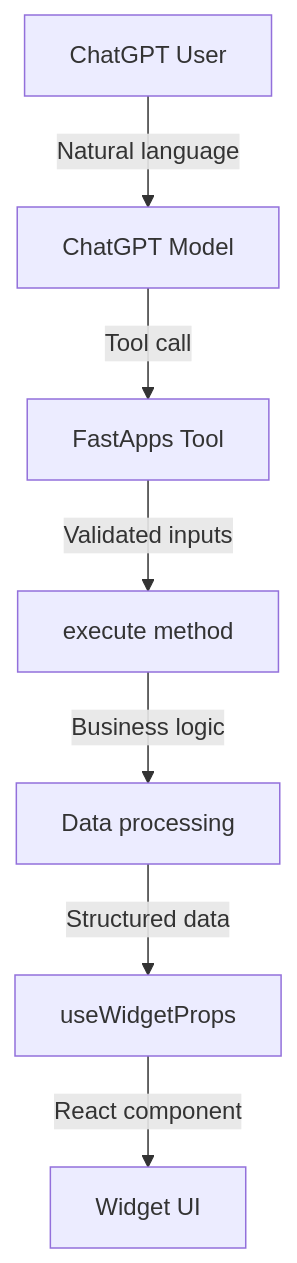
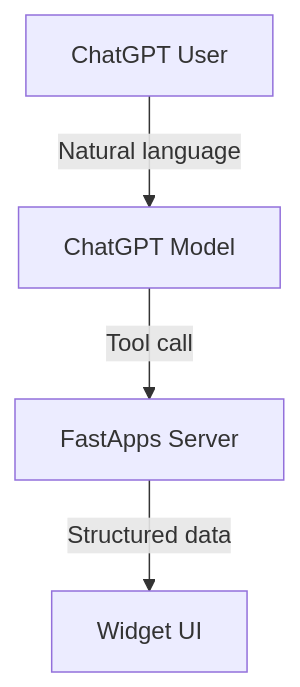
One commit to DooiLabs/fastapps_docs changed the diagram in tools/index.mdx. Above: the diagram before and after it, drawn with Mermaid. The commit also changed other lines of this file and 5 other files, not shown here.

````diff
--- a/tools/index.mdx
+++ b/tools/index.mdx
@@ -24,9 +10,6 @@
 ```mermaid
 graph TD
     A[ChatGPT User] -->|Natural language| B[ChatGPT Model]
-    B -->|Tool call| C[FastApps Tool]
-    C -->|Validated inputs| D[execute method]
-    D -->|Business logic| E[Data processing]
-    E -->|Structured data| F[useWidgetProps]
-    F -->|React component| G[Widget UI]
+    B -->|Tool call| E[FastApps Server]
+    E -->|Structured data| F[Widget UI]
 ```
````
